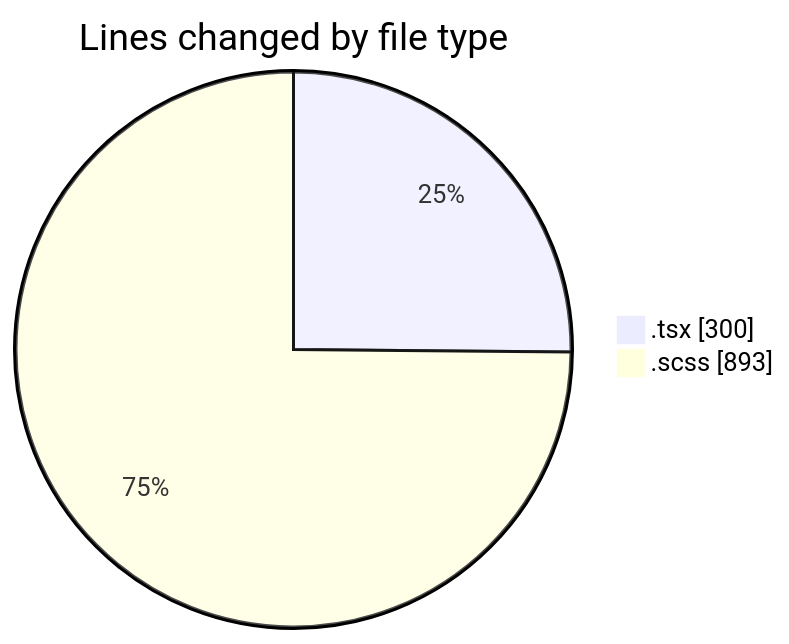
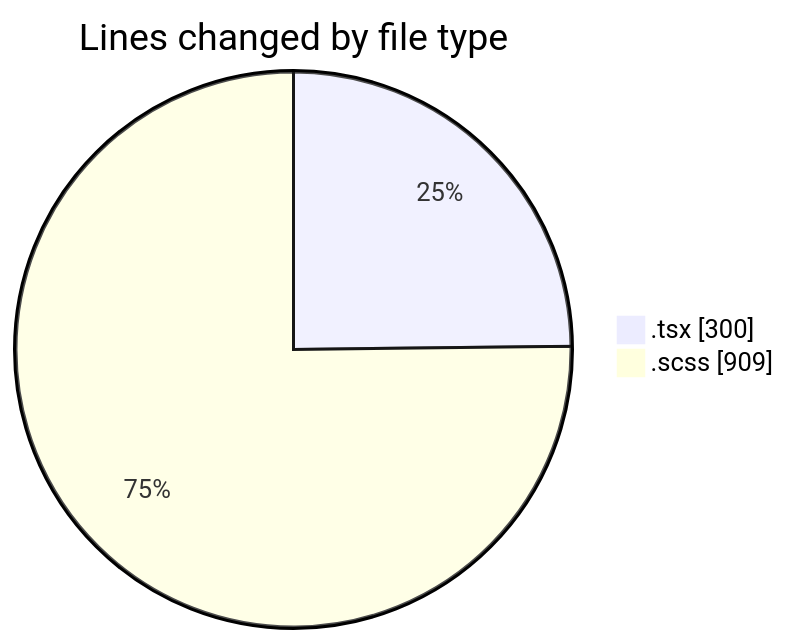
The first of 2 diagrams in 2025-09-19/cda/README.md (momahboobian/code-tracking), drawn with Mermaid before and after one commit. The commit also changed other lines of this file and 1 other file, not shown here.

````diff
--- a/2025-09-19/cda/README.md
+++ b/2025-09-19/cda/README.md
@@ -21,6 +21,6 @@
 ```mermaid
 pie showData
 title Lines changed by file type
 ".tsx" : 300
-".scss" : 893
+".scss" : 909
 ```
````
